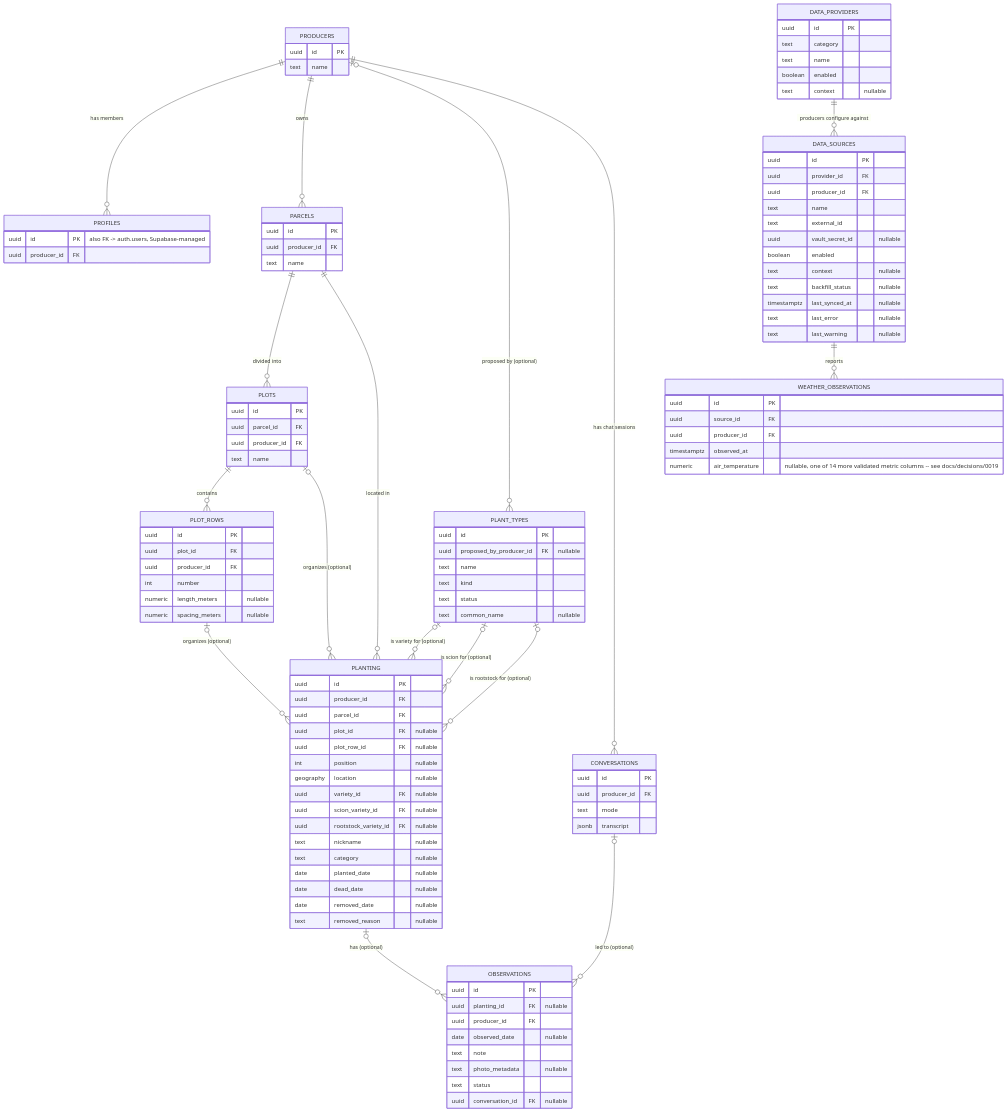
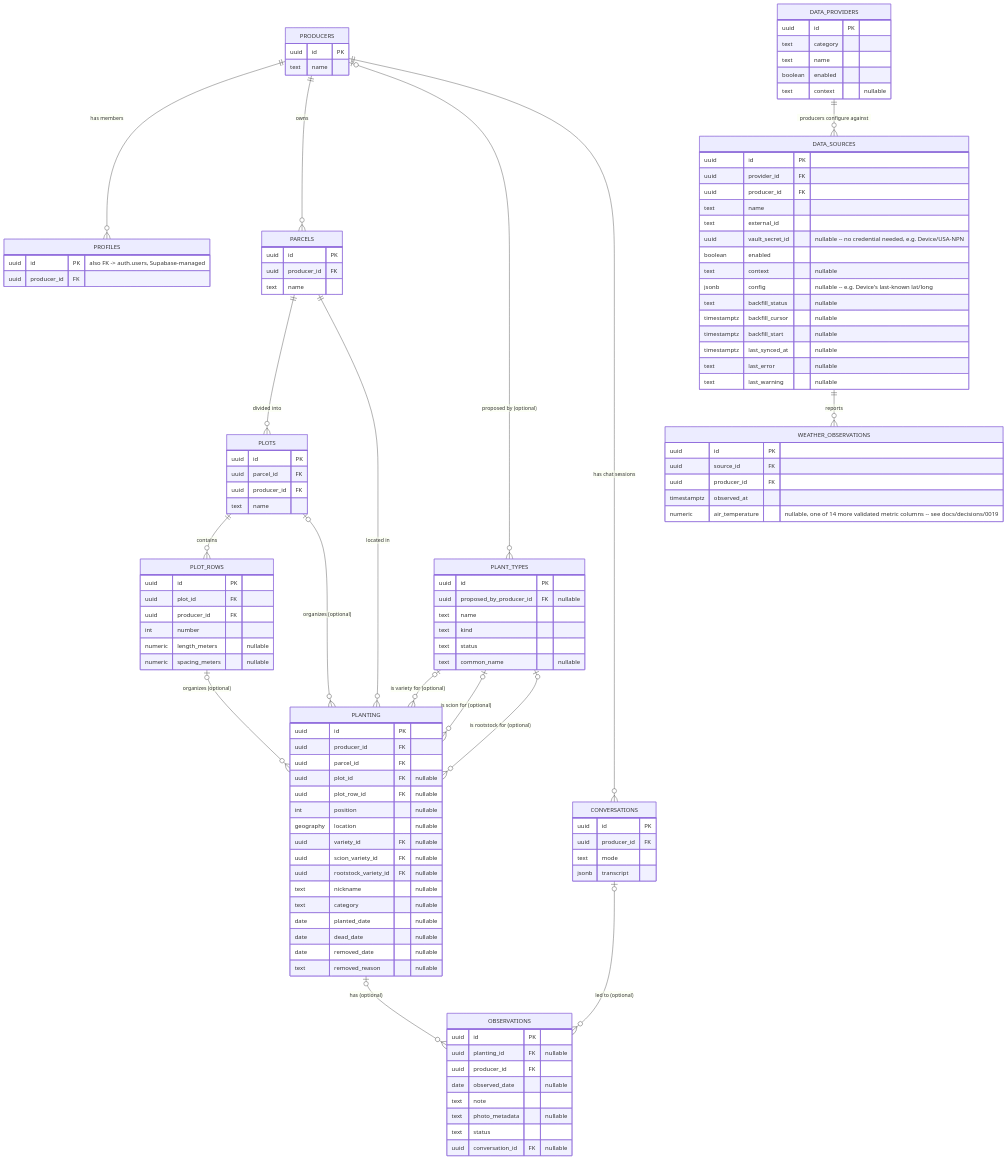
One commit to sethschrage/growdy changed the first of 2 diagrams in docs/data-model.md. Above: the diagram before and after it, drawn with Mermaid. The commit also changed other lines of this file and 3 other files, not shown here.

```diff
--- a/docs/data-model.md
+++ b/docs/data-model.md
@@ -89,10 +89,13 @@
         uuid producer_id FK
         text name
         text external_id
-        uuid vault_secret_id "nullable"
+        uuid vault_secret_id "nullable -- no credential needed, e.g. Device/USA-NPN"
         boolean enabled
         text context "nullable"
+        jsonb config "nullable -- e.g. Device's last-known lat/long"
         text backfill_status "nullable"
+        timestamptz backfill_cursor "nullable"
+        timestamptz backfill_start "nullable"
         timestamptz last_synced_at "nullable"
         text last_error "nullable"
         text last_warning "nullable"
```
